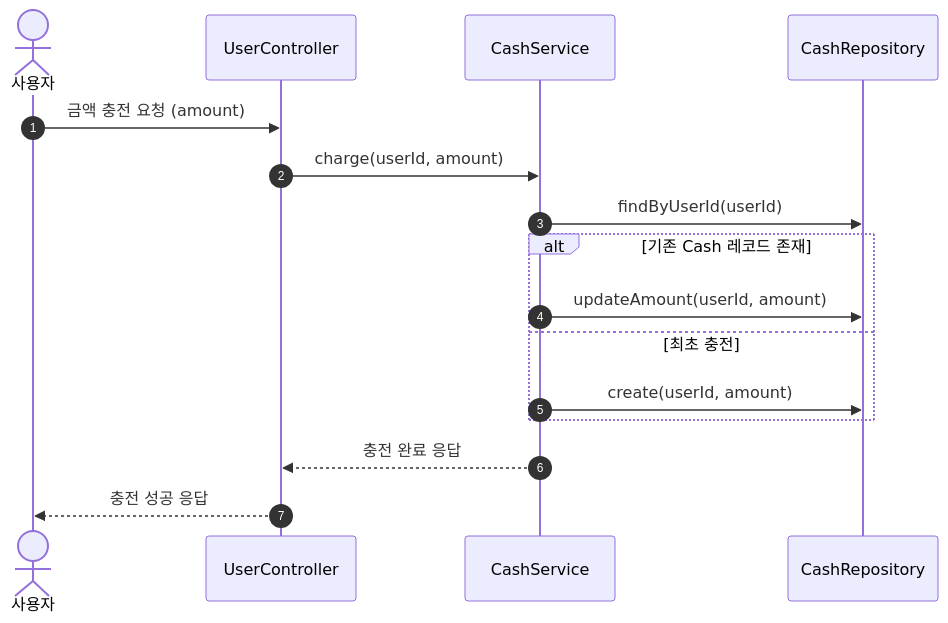
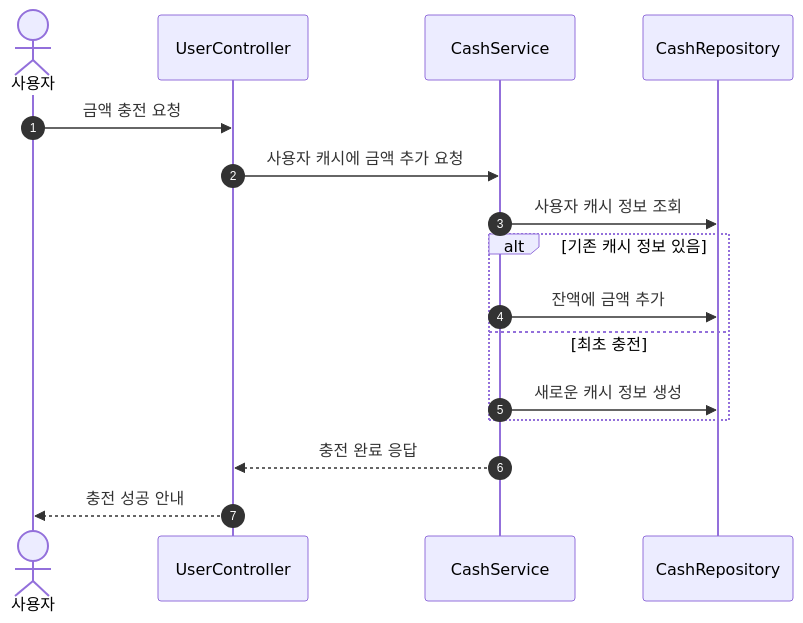
One commit to uuununew/concert-system changed the seventh of 8 diagrams in docs/SEQUENCE.md. Above: the diagram before and after it, drawn with Mermaid. The commit also changed other lines of this file, not shown here.

Commit message:
시퀀스 다이어그램 추가

````diff
--- a/docs/SEQUENCE.md
+++ b/docs/SEQUENCE.md
@@ -192,21 +186,21 @@
 ```mermaid
 sequenceDiagram
     autonumber
     actor 사용자
     participant UserController
     participant CashService
     participant CashRepository
 
-    사용자 ->> UserController: 금액 충전 요청 (amount)
-    UserController ->> CashService: charge(userId, amount)
-    CashService ->> CashRepository: findByUserId(userId)
+    사용자 ->> UserController: 금액 충전 요청
+    UserController ->> CashService: 사용자 캐시에 금액 추가 요청
+    CashService ->> CashRepository: 사용자 캐시 정보 조회
 
-    alt 기존 Cash 레코드 존재
-        CashService ->> CashRepository: updateAmount(userId, amount)
+    alt 기존 캐시 정보 있음
+        CashService ->> CashRepository: 잔액에 금액 추가
     else 최초 충전
-        CashService ->> CashRepository: create(userId, amount)
+        CashService ->> CashRepository: 새로운 캐시 정보 생성
     end
 
     CashService -->> UserController: 충전 완료 응답
-    UserController -->> 사용자: 충전 성공 응답
+    UserController -->> 사용자: 충전 성공 안내
 ```
````
